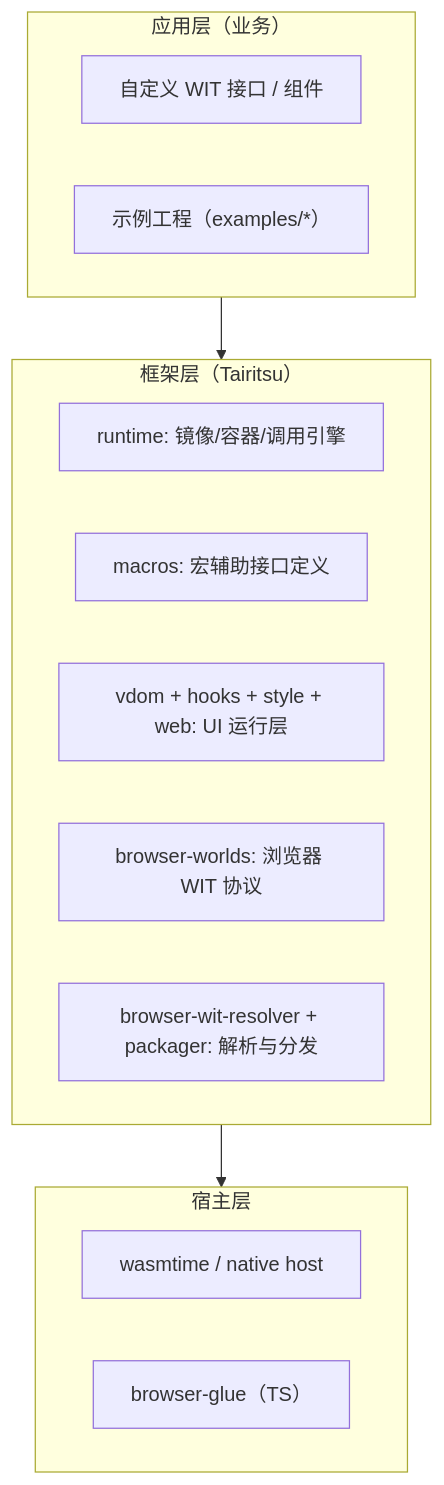
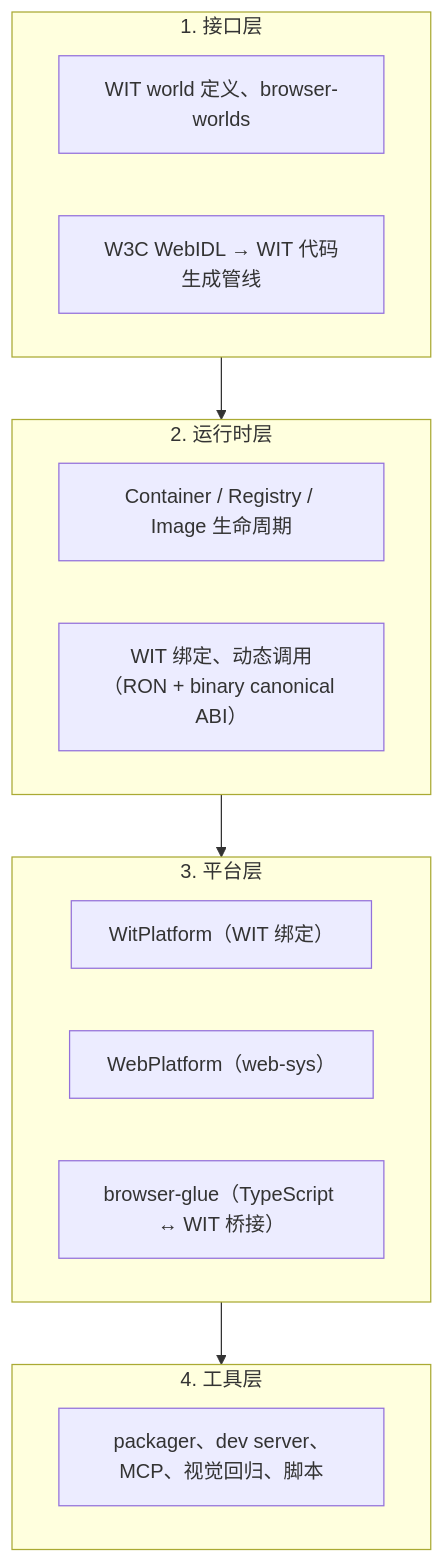
Before and after one commit to celestia-island/tairitsu: the first of 3 diagrams in docs/zhs/system/overview.md, drawn with Mermaid. The commit also changed other lines of this file and 532 other files, not shown here.

````diff
--- a/docs/zhs/system/overview.md
+++ b/docs/zhs/system/overview.md
@@ -11,19 +7,20 @@
 ```mermaid
 graph TD
-    subgraph APP["应用层（业务）"]
-        A1["自定义 WIT 接口 / 组件"]
-        A2["示例工程（examples/*）"]
+    subgraph L4["4. 工具层"]
+        T1["packager、dev server、MCP、视觉回归、脚本"]
     end
-    subgraph FW["框架层（Tairitsu）"]
-        F1["runtime: 镜像/容器/调用引擎"]
-        F2["macros: 宏辅助接口定义"]
-        F3["vdom + hooks + style + web: UI 运行层"]
-        F4["browser-worlds: 浏览器 WIT 协议"]
-        F5["browser-wit-resolver + packager: 解析与分发"]
+    subgraph L3["3. 平台层"]
+        P1["WitPlatform（WIT 绑定）"]
+        P2["WebPlatform（web-sys）"]
+        P3["browser-glue（TypeScript ↔ WIT 桥接）"]
     end
-    subgraph HOST["宿主层"]
-        H1["wasmtime / native host"]
-        H2["browser-glue（TS）"]
+    subgraph L2["2. 运行时层"]
+        R1["Container / Registry / Image 生命周期"]
+        R2["WIT 绑定、动态调用（RON + binary canonical ABI）"]
     end
-    APP --> FW --> HOST
+    subgraph L1["1. 接口层"]
+        I1["WIT world 定义、browser-worlds"]
+        I2["W3C WebIDL → WIT 代码生成管线"]
+    end
+    L1 --> L2 --> L3 --> L4
 ```
````
